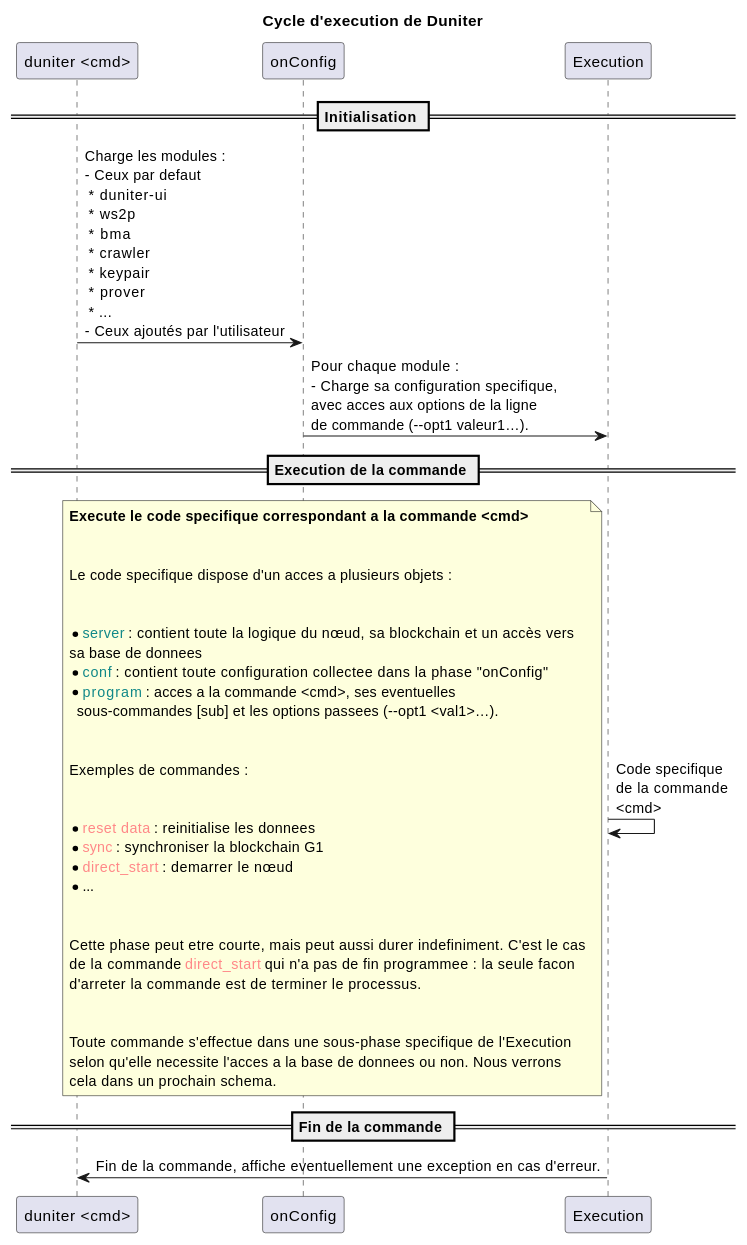
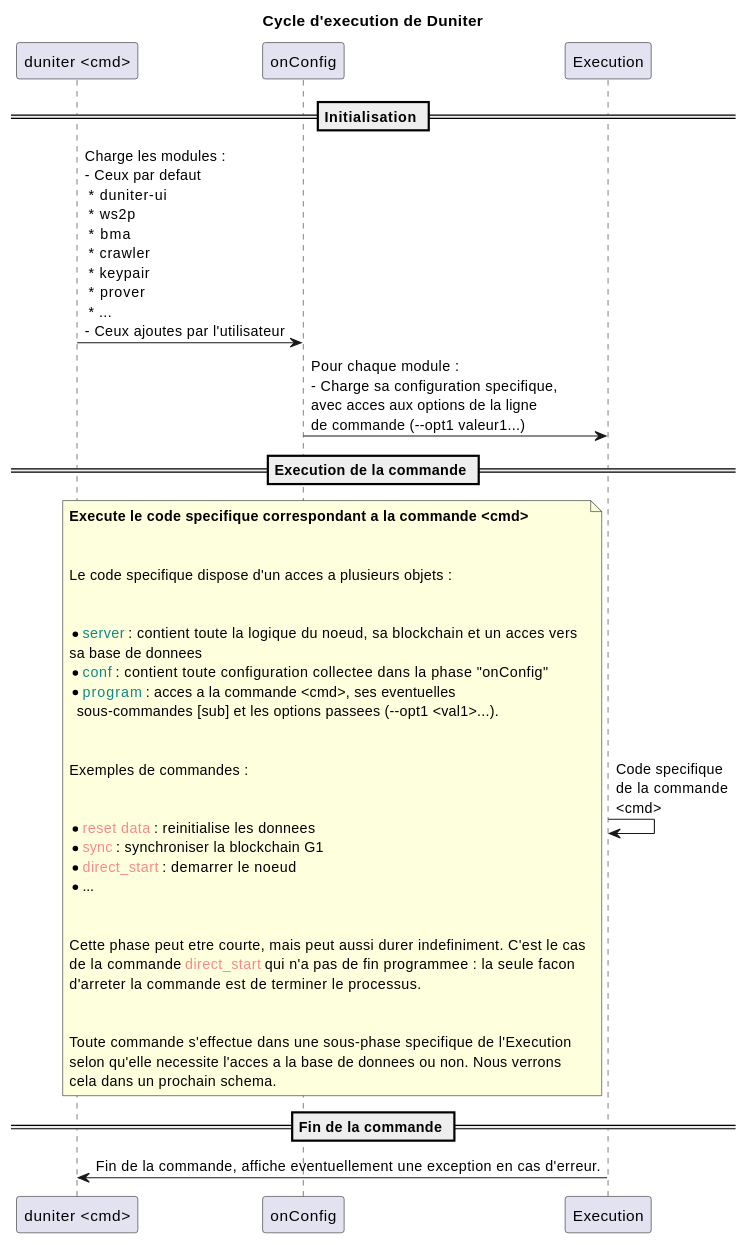
The first of 8 diagrams in content/pages/wiki/duniter/tutoriel-dev/chapitre-5-architecture.md (duniter/website_fr), drawn with PlantUML before and after one commit. The commit also changed other lines of this file, not shown here.

Commit message:
[fix] tutoriel-dev revert non-ASCII char for UML generation.

```diff
--- a/content/pages/wiki/duniter/tutoriel-dev/chapitre-5-architecture.md
+++ b/content/pages/wiki/duniter/tutoriel-dev/chapitre-5-architecture.md
@@ -31,51 +31,51 @@
 @startuml
 
 title Cycle d'execution de Duniter
 
 == Initialisation ==
 
-"duniter <cmd>" -> onConfig: Charge les modules :\n- Ceux par defaut\n * duniter-ui\n * ws2p\n * bma\n * crawler\n * keypair\n * prover\n * ...\n- Ceux ajoutés par l'utilisateur
+"duniter <cmd>" -> onConfig: Charge les modules :\n- Ceux par defaut\n * duniter-ui\n * ws2p\n * bma\n * crawler\n * keypair\n * prover\n * ...\n- Ceux ajoutes par l'utilisateur
 
-onConfig -> Execution: Pour chaque module :\n- Charge sa configuration specifique,\navec acces aux options de la ligne\nde commande (--opt1 valeur1…).
+onConfig -> Execution: Pour chaque module :\n- Charge sa configuration specifique,\navec acces aux options de la ligne\nde commande (--opt1 valeur1...)
 
 == Execution de la commande ==
 
 Execution -> Execution: Code specifique\nde la commande\n<cmd>
 note left
   **Execute le code specifique correspondant a la commande <cmd>**
 
 
   Le code specifique dispose d'un acces a plusieurs objets :
 
 
-  *<color #118888>server</color> : contient toute la logique du nœud, sa blockchain et un accès vers
+  *<color #118888>server</color> : contient toute la logique du noeud, sa blockchain et un acces vers
   sa base de donnees
   *<color #118888>conf</color> : contient toute configuration collectee dans la phase "onConfig"
   *<color #118888>program</color> : acces a la commande <cmd>, ses eventuelles
-    sous-commandes [sub] et les options passees (--opt1 <val1>…).
+    sous-commandes [sub] et les options passees (--opt1 <val1>...).
 
 
   Exemples de commandes :
 
 
   *<color #FF8888>reset data</color> : reinitialise les donnees
   *<color #FF8888>sync</color> : synchroniser la blockchain G1
-  *<color #FF8888>direct_start</color> : demarrer le nœud
+  *<color #FF8888>direct_start</color> : demarrer le noeud
   *...
 
 
   Cette phase peut etre courte, mais peut aussi durer indefiniment. C'est le cas
   de la commande <color #FF8888>direct_start</color> qui n'a pas de fin programmee : la seule facon
   d'arreter la commande est de terminer le processus.
 
 
   Toute commande s'effectue dans une sous-phase specifique de l'Execution
   selon qu'elle necessite l'acces a la base de donnees ou non. Nous verrons
   cela dans un prochain schema.
 end note
 
 == Fin de la commande ==
 
 Execution -> "duniter <cmd>" : Fin de la commande, affiche eventuellement une exception en cas d'erreur.
 
 @enduml
```
